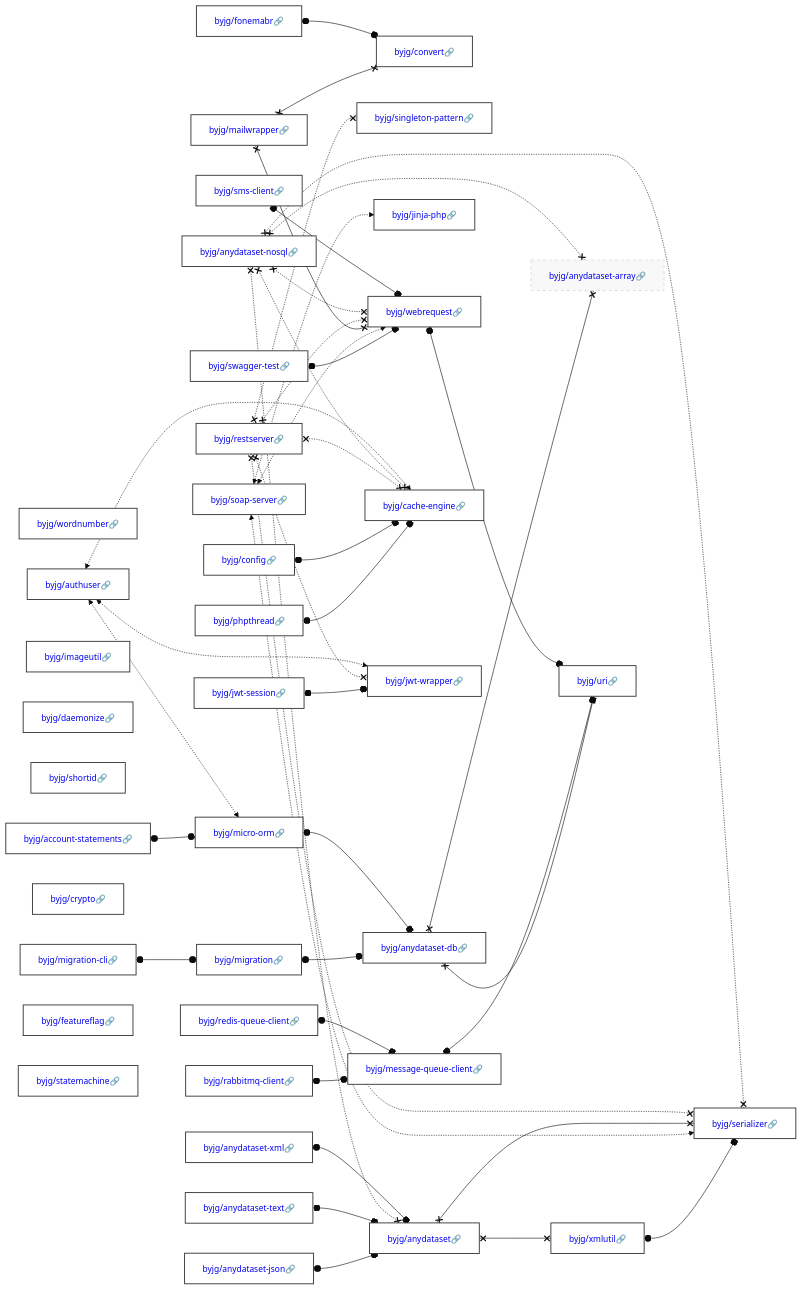
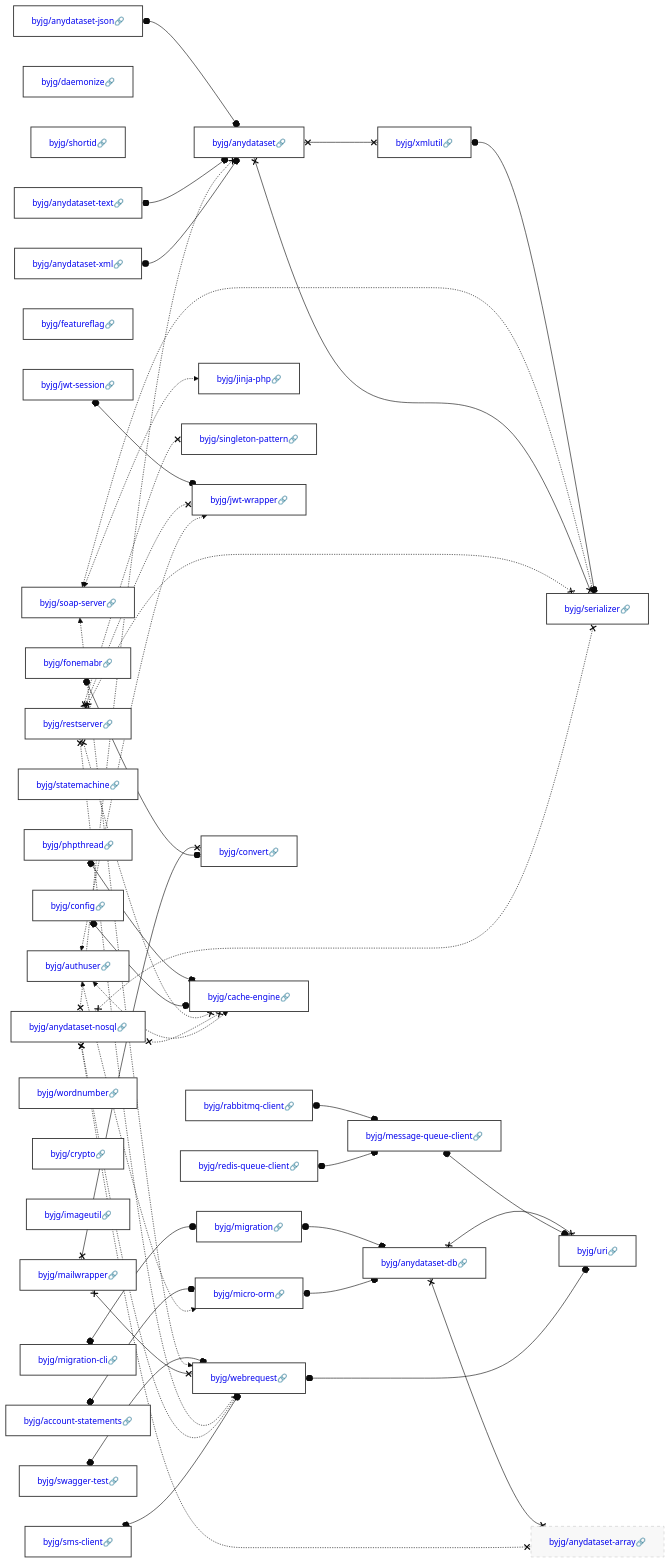
Before and after one commit to byjg/byjg.github.io: the diagram in docs/php/README.md, drawn with Mermaid (base theme). The commit also changed other lines of this file and 1 other file, not shown here.

Commit message:
Update documentation 'php' 'php-crypto'

````diff
--- a/docs/php/README.md
+++ b/docs/php/README.md
@@ -3,45 +3,45 @@
 ```mermaid
 graph LR;
+  byjg/anydataset-text[<a href='https://opensource.byjg.com/docs/php/anydataset-text' style='text-decoration:none'>byjg/anydataset-text🔗</a>];
+  byjg/daemonize[<a href='https://opensource.byjg.com/docs/php/daemonize' style='text-decoration:none'>byjg/daemonize🔗</a>];
+  byjg/shortid[<a href='https://opensource.byjg.com/docs/php/shortid' style='text-decoration:none'>byjg/shortid🔗</a>];
+  byjg/soap-server[<a href='https://opensource.byjg.com/docs/php/soap-server' style='text-decoration:none'>byjg/soap-server🔗</a>];
+  byjg/fonemabr[<a href='https://opensource.byjg.com/docs/php/fonemabr' style='text-decoration:none'>byjg/fonemabr🔗</a>];
+  byjg/featureflag[<a href='https://opensource.byjg.com/docs/php/featureflag' style='text-decoration:none'>byjg/featureflag🔗</a>];
+  byjg/config[<a href='https://opensource.byjg.com/docs/php/config' style='text-decoration:none'>byjg/config🔗</a>];
+  byjg/jwt-session[<a href='https://opensource.byjg.com/docs/php/jwt-session' style='text-decoration:none'>byjg/jwt-session🔗</a>];
+  byjg/authuser[<a href='https://opensource.byjg.com/docs/php/authuser' style='text-decoration:none'>byjg/authuser🔗</a>];
+  byjg/swagger-test[<a href='https://opensource.byjg.com/docs/php/swagger-test' style='text-decoration:none'>byjg/swagger-test🔗</a>];
+  byjg/statemachine[<a href='https://opensource.byjg.com/docs/php/statemachine' style='text-decoration:none'>byjg/statemachine🔗</a>];
+  byjg/sms-client[<a href='https://opensource.byjg.com/docs/php/sms-client' style='text-decoration:none'>byjg/sms-client🔗</a>];
+  byjg/restserver[<a href='https://opensource.byjg.com/docs/php/restserver' style='text-decoration:none'>byjg/restserver🔗</a>];
+  byjg/migration-cli[<a href='https://opensource.byjg.com/docs/php/migration-cli' style='text-decoration:none'>byjg/migration-cli🔗</a>];
+  byjg/anydataset-nosql[<a href='https://opensource.byjg.com/docs/php/anydataset-nosql' style='text-decoration:none'>byjg/anydataset-nosql🔗</a>];
   byjg/wordnumber[<a href='https://opensource.byjg.com/docs/php/wordnumber' style='text-decoration:none'>byjg/wordnumber🔗</a>];
+  byjg/crypto[<a href='https://opensource.byjg.com/docs/php/crypto' style='text-decoration:none'>byjg/crypto🔗</a>];
+  byjg/rabbitmq-client[<a href='https://opensource.byjg.com/docs/php/rabbitmq-client' style='text-decoration:none'>byjg/rabbitmq-client🔗</a>];
   byjg/redis-queue-client[<a href='https://opensource.byjg.com/docs/php/redis-queue-client' style='text-decoration:none'>byjg/redis-queue-client🔗</a>];
-  byjg/anydataset-text[<a href='https://opensource.byjg.com/docs/php/anydataset-text' style='text-decoration:none'>byjg/anydataset-text🔗</a>];
-  byjg/migration-cli[<a href='https://opensource.byjg.com/docs/php/migration-cli' style='text-decoration:none'>byjg/migration-cli🔗</a>];
   byjg/imageutil[<a href='https://opensource.byjg.com/docs/php/imageutil' style='text-decoration:none'>byjg/imageutil🔗</a>];
-  byjg/daemonize[<a href='https://opensource.byjg.com/docs/php/daemonize' style='text-decoration:none'>byjg/daemonize🔗</a>];
   byjg/mailwrapper[<a href='https://opensource.byjg.com/docs/php/mailwrapper' style='text-decoration:none'>byjg/mailwrapper🔗</a>];
+  byjg/phpthread[<a href='https://opensource.byjg.com/docs/php/phpthread' style='text-decoration:none'>byjg/phpthread🔗</a>];
+  byjg/account-statements[<a href='https://opensource.byjg.com/docs/php/account-statements' style='text-decoration:none'>byjg/account-statements🔗</a>];
   byjg/anydataset-json[<a href='https://opensource.byjg.com/docs/php/anydataset-json' style='text-decoration:none'>byjg/anydataset-json🔗</a>];
-  byjg/shortid[<a href='https://opensource.byjg.com/docs/php/shortid' style='text-decoration:none'>byjg/shortid🔗</a>];
-  byjg/fonemabr[<a href='https://opensource.byjg.com/docs/php/fonemabr' style='text-decoration:none'>byjg/fonemabr🔗</a>];
-  byjg/restserver[<a href='https://opensource.byjg.com/docs/php/restserver' style='text-decoration:none'>byjg/restserver🔗</a>];
-  byjg/anydataset-nosql[<a href='https://opensource.byjg.com/docs/php/anydataset-nosql' style='text-decoration:none'>byjg/anydataset-nosql🔗</a>];
   byjg/anydataset-xml[<a href='https://opensource.byjg.com/docs/php/anydataset-xml' style='text-decoration:none'>byjg/anydataset-xml🔗</a>];
-  byjg/jwt-session[<a href='https://opensource.byjg.com/docs/php/jwt-session' style='text-decoration:none'>byjg/jwt-session🔗</a>];
-  byjg/sms-client[<a href='https://opensource.byjg.com/docs/php/sms-client' style='text-decoration:none'>byjg/sms-client🔗</a>];
-  byjg/rabbitmq-client[<a href='https://opensource.byjg.com/docs/php/rabbitmq-client' style='text-decoration:none'>byjg/rabbitmq-client🔗</a>];
-  byjg/soap-server[<a href='https://opensource.byjg.com/docs/php/soap-server' style='text-decoration:none'>byjg/soap-server🔗</a>];
-  byjg/account-statements[<a href='https://opensource.byjg.com/docs/php/account-statements' style='text-decoration:none'>byjg/account-statements🔗</a>];
-  byjg/crypto[<a href='https://opensource.byjg.com/docs/php/crypto' style='text-decoration:none'>byjg/crypto🔗</a>];
-  byjg/phpthread[<a href='https://opensource.byjg.com/docs/php/phpthread' style='text-decoration:none'>byjg/phpthread🔗</a>];
-  byjg/swagger-test[<a href='https://opensource.byjg.com/docs/php/swagger-test' style='text-decoration:none'>byjg/swagger-test🔗</a>];
-  byjg/config[<a href='https://opensource.byjg.com/docs/php/config' style='text-decoration:none'>byjg/config🔗</a>];
-  byjg/authuser[<a href='https://opensource.byjg.com/docs/php/authuser' style='text-decoration:none'>byjg/authuser🔗</a>];
-  byjg/featureflag[<a href='https://opensource.byjg.com/docs/php/featureflag' style='text-decoration:none'>byjg/featureflag🔗</a>];
-  byjg/statemachine[<a href='https://opensource.byjg.com/docs/php/statemachine' style='text-decoration:none'>byjg/statemachine🔗</a>];
+  byjg/jinja-php[<a href='https://opensource.byjg.com/docs/php/jinja-php' style='text-decoration:none'>byjg/jinja-php🔗</a>];
+  byjg/singleton-pattern[<a href='https://opensource.byjg.com/docs/php/singleton-pattern' style='text-decoration:none'>byjg/singleton-pattern🔗</a>];
+  byjg/jwt-wrapper[<a href='https://opensource.byjg.com/docs/php/jwt-wrapper' style='text-decoration:none'>byjg/jwt-wrapper🔗</a>];
   byjg/migration[<a href='https://opensource.byjg.com/docs/php/migration' style='text-decoration:none'>byjg/migration🔗</a>];
+  byjg/message-queue-client[<a href='https://opensource.byjg.com/docs/php/message-queue-client' style='text-decoration:none'>byjg/message-queue-client🔗</a>];
   byjg/convert[<a href='https://opensource.byjg.com/docs/php/convert' style='text-decoration:none'>byjg/convert🔗</a>];
-  byjg/singleton-pattern[<a href='https://opensource.byjg.com/docs/php/singleton-pattern' style='text-decoration:none'>byjg/singleton-pattern🔗</a>];
+  byjg/webrequest[<a href='https://opensource.byjg.com/docs/php/webrequest' style='text-decoration:none'>byjg/webrequest🔗</a>];
+  byjg/cache-engine[<a href='https://opensource.byjg.com/docs/php/cache-engine' style='text-decoration:none'>byjg/cache-engine🔗</a>];
+  byjg/micro-orm[<a href='https://opensource.byjg.com/docs/php/micro-orm' style='text-decoration:none'>byjg/micro-orm🔗</a>];
   byjg/anydataset[<a href='https://opensource.byjg.com/docs/php/anydataset' style='text-decoration:none'>byjg/anydataset🔗</a>];
-  byjg/message-queue-client[<a href='https://opensource.byjg.com/docs/php/message-queue-client' style='text-decoration:none'>byjg/message-queue-client🔗</a>];
-  byjg/jinja-php[<a href='https://opensource.byjg.com/docs/php/jinja-php' style='text-decoration:none'>byjg/jinja-php🔗</a>];
-  byjg/webrequest[<a href='https://opensource.byjg.com/docs/php/webrequest' style='text-decoration:none'>byjg/webrequest🔗</a>];
-  byjg/micro-orm[<a href='https://opensource.byjg.com/docs/php/micro-orm' style='text-decoration:none'>byjg/micro-orm🔗</a>];
-  byjg/cache-engine[<a href='https://opensource.byjg.com/docs/php/cache-engine' style='text-decoration:none'>byjg/cache-engine🔗</a>];
-  byjg/jwt-wrapper[<a href='https://opensource.byjg.com/docs/php/jwt-wrapper' style='text-decoration:none'>byjg/jwt-wrapper🔗</a>];
+  byjg/anydataset-db[<a href='https://opensource.byjg.com/docs/php/anydataset-db' style='text-decoration:none'>byjg/anydataset-db🔗</a>];
   byjg/xmlutil[<a href='https://opensource.byjg.com/docs/php/xmlutil' style='text-decoration:none'>byjg/xmlutil🔗</a>];
-  byjg/anydataset-db[<a href='https://opensource.byjg.com/docs/php/anydataset-db' style='text-decoration:none'>byjg/anydataset-db🔗</a>];
-  byjg/serializer[<a href='https://opensource.byjg.com/docs/php/serializer' style='text-decoration:none'>byjg/serializer🔗</a>];
   byjg/anydataset-array[<a href='https://opensource.byjg.com/docs/php/anydataset-array' style='text-decoration:none'>byjg/anydataset-array🔗</a>];
   byjg/uri[<a href='https://opensource.byjg.com/docs/php/uri' style='text-decoration:none'>byjg/uri🔗</a>];
+  byjg/serializer[<a href='https://opensource.byjg.com/docs/php/serializer' style='text-decoration:none'>byjg/serializer🔗</a>];
   byjg/xmlutil o--o byjg/serializer;
   byjg/rabbitmq-client o--o byjg/message-queue-client;
   byjg/migration o--o byjg/anydataset-db;
````
